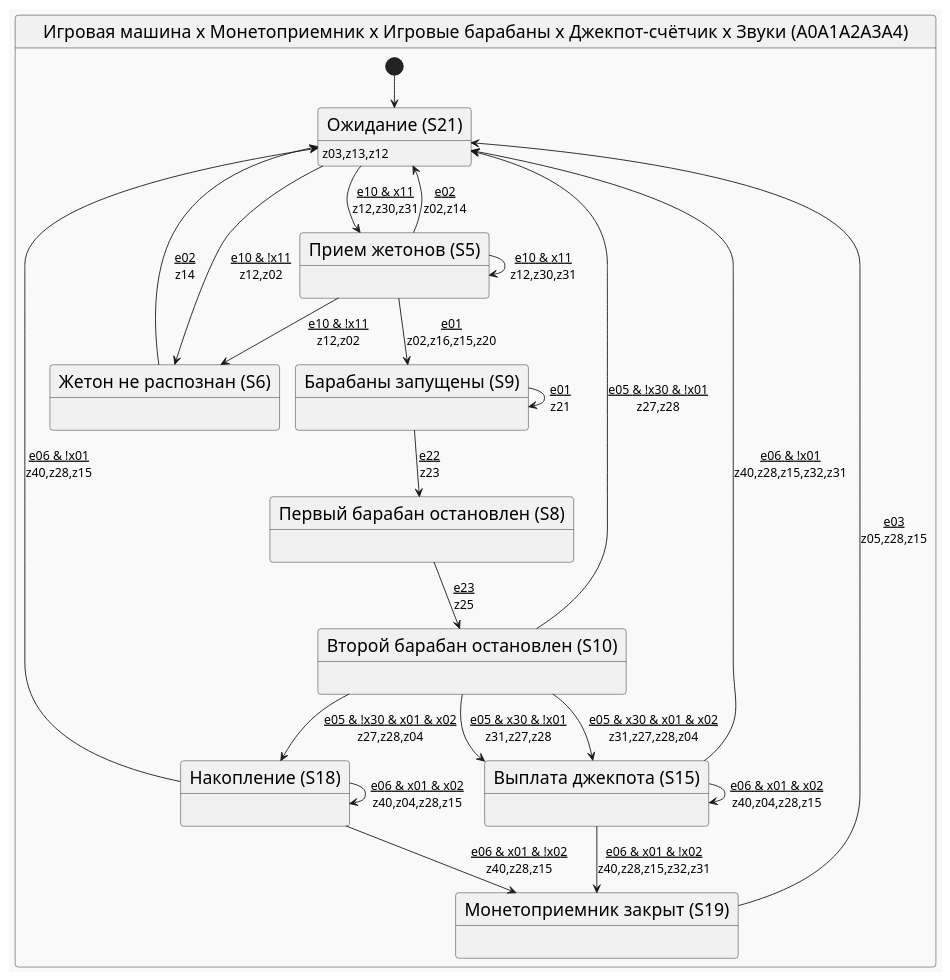
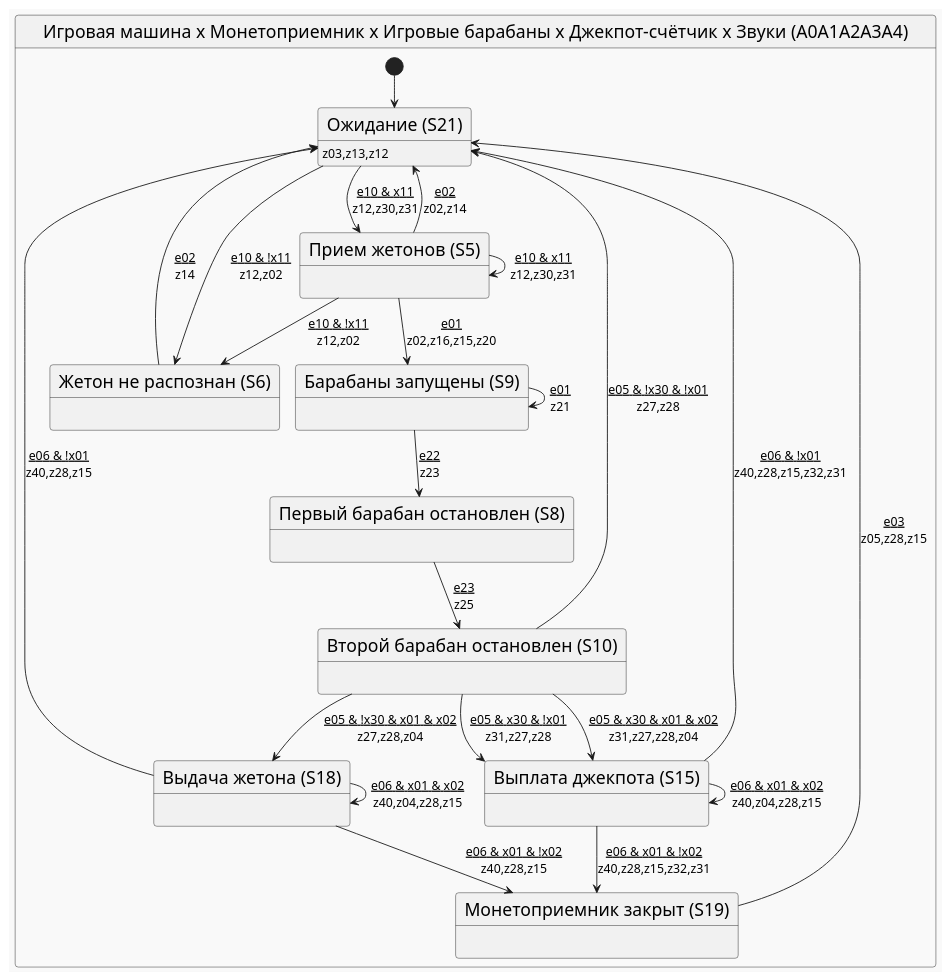
Before and after one commit to PhoenixNazarov/fsm-multiply: the diagram in articles/multiply_many_nested/puml/final.puml, drawn with PlantUML. The commit also changed 6 other files, not shown here.

```diff
--- a/articles/multiply_many_nested/puml/final.puml
+++ b/articles/multiply_many_nested/puml/final.puml
@@ -1,38 +1,38 @@
 @startuml
 !theme mars
 skinparam stateFontSize 20
 skinparam arrowFontSize 14
 state "Игровая машина x Монетоприемник x Игровые барабаны x Джекпот-счётчик x Звуки (A0A1A2A3A4)" as A0A1A2A3A4 {
     [*] --> A0A1A2A3A421
     state "Ожидание (S21)" as A0A1A2A3A421 : <size:14>z03,z13,z12
     state "Прием жетонов (S5)" as A0A1A2A3A45 : 
     state "Жетон не распознан (S6)" as A0A1A2A3A46 : 
     state "Барабаны запущены (S9)" as A0A1A2A3A49 : 
     state "Первый барабан остановлен (S8)" as A0A1A2A3A48 : 
     state "Второй барабан остановлен (S10)" as A0A1A2A3A410 : 
     state "Выплата джекпота (S15)" as A0A1A2A3A415 : 
-    state "Накопление (S18)" as A0A1A2A3A418 : 
+    state "Выдача жетона (S18)" as A0A1A2A3A418 : 
     state "Монетоприемник закрыт (S19)" as A0A1A2A3A419 : 
     A0A1A2A3A421 --> A0A1A2A3A45 : <u>e10 & x11\nz12,z30,z31
     A0A1A2A3A421 --> A0A1A2A3A46 : <u>e10 & !x11\nz12,z02
     A0A1A2A3A45 --> A0A1A2A3A421 : <u>e02\nz02,z14
     A0A1A2A3A45 --> A0A1A2A3A49 : <u>e01\nz02,z16,z15,z20
     A0A1A2A3A45 --> A0A1A2A3A45 : <u>e10 & x11\nz12,z30,z31
     A0A1A2A3A45 --> A0A1A2A3A46 : <u>e10 & !x11\nz12,z02
     A0A1A2A3A46 --> A0A1A2A3A421 : <u>e02\nz14
     A0A1A2A3A49 --> A0A1A2A3A48 : <u>e22\nz23
     A0A1A2A3A49 --> A0A1A2A3A49 : <u>e01\nz21
     A0A1A2A3A48 --> A0A1A2A3A410 : <u>e23\nz25
     A0A1A2A3A410 --> A0A1A2A3A415 : <u>e05 & x30 & x01 & x02\nz31,z27,z28,z04
     A0A1A2A3A410 --> A0A1A2A3A415 : <u>e05 & x30 & !x01\nz31,z27,z28
     A0A1A2A3A410 --> A0A1A2A3A418 : <u>e05 & !x30 & x01 & x02\nz27,z28,z04
     A0A1A2A3A410 --> A0A1A2A3A421 : <u>e05 & !x30 & !x01\nz27,z28
     A0A1A2A3A415 --> A0A1A2A3A415 : <u>e06 & x01 & x02\nz40,z04,z28,z15
     A0A1A2A3A415 --> A0A1A2A3A419 : <u>e06 & x01 & !x02\nz40,z28,z15,z32,z31
     A0A1A2A3A415 --> A0A1A2A3A421 : <u>e06 & !x01\nz40,z28,z15,z32,z31
     A0A1A2A3A418 --> A0A1A2A3A418 : <u>e06 & x01 & x02\nz40,z04,z28,z15
     A0A1A2A3A418 --> A0A1A2A3A419 : <u>e06 & x01 & !x02\nz40,z28,z15
     A0A1A2A3A418 --> A0A1A2A3A421 : <u>e06 & !x01\nz40,z28,z15
     A0A1A2A3A419 --> A0A1A2A3A421 : <u>e03\nz05,z28,z15
 }
 @enduml
```
